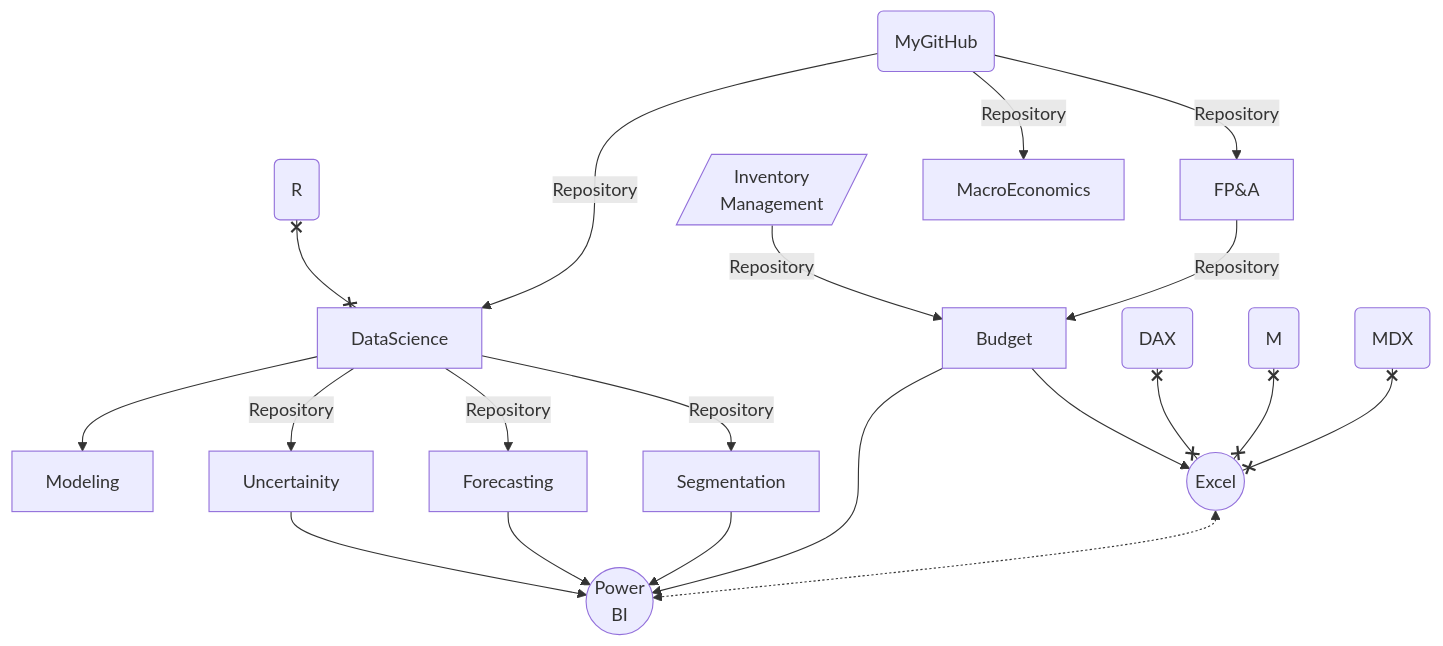
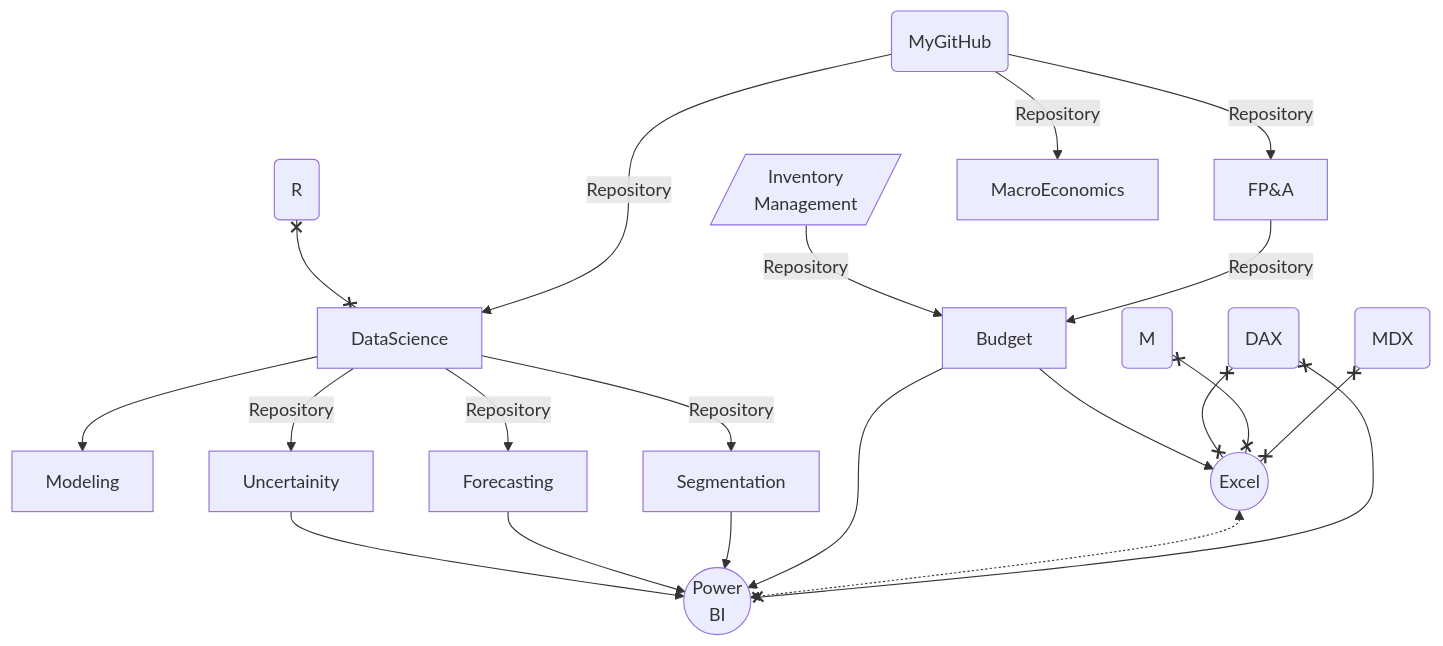
Before and after one commit to md3629/md3629: the diagram in README.md, drawn with Mermaid.

````diff
--- a/README.md
+++ b/README.md
@@ -9,23 +9,24 @@
 ```mermaid
 graph TD;
     my(MyGitHub)-->|Repository|FP&A;
     Inv[/Inventory<br>Management/]-->|Repository|Budget;
     FP&A-->|Repository|Budget;
     R( R )x--xDataScience;
     my(MyGitHub)-->|Repository|DataScience;
     my(MyGitHub)-->|Repository|MacroEconomics;
     DataScience-->Modeling;
     DataScience--Repository-->Forecasting;
     DataScience--Repository-->Segmentation;
     DataScience--Repository-->Uncertainity;
     Uncertainity-->P((Power<br>BI));
     Forecasting-->P((Power<br>BI));
     Segmentation-->P((Power<br>BI));
     Budget-->P((Power<br>BI));
     Budget-->E((Excel));
     D(DAX)x--xE((Excel));
     M(M)x--xE((Excel));
     E((Excel))<-.->P((Power<br>BI));
     A(MDX)x--xE((Excel));
+    D(DAX)x--xP((Power<br>BI));
 
 ```
````
